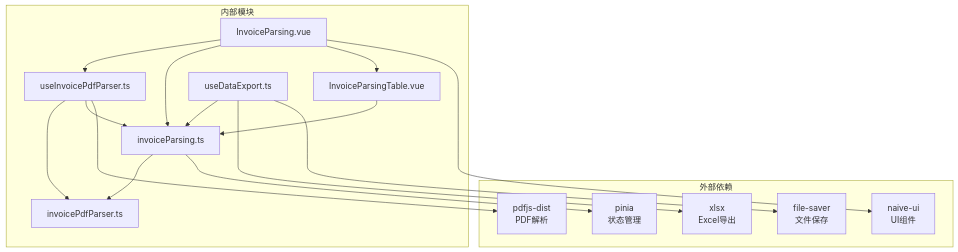
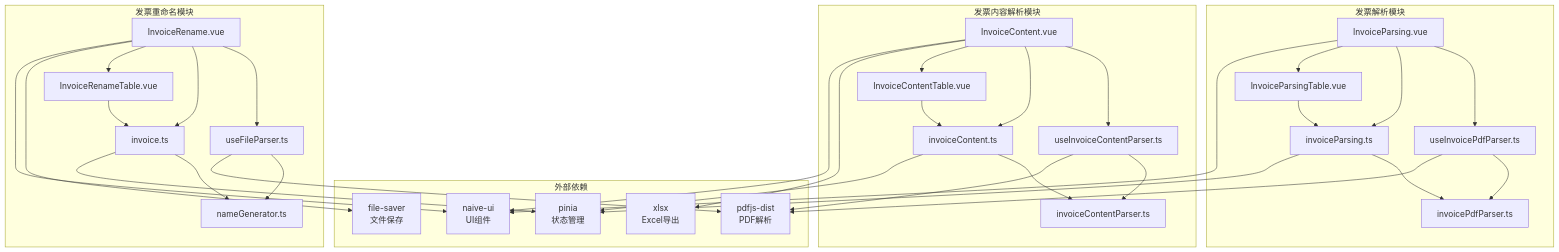
Before and after one commit to dunhuixiao/FinanceTools: the eighth of 8 diagrams in .qoder/repowiki/zh/content/发票解析功能/发票解析功能.md, drawn with Mermaid. The commit also changed other lines of this file and 20 other files, not shown here.

````diff
--- a/.qoder/repowiki/zh/content/发票解析功能/发票解析功能.md
+++ b/.qoder/repowiki/zh/content/发票解析功能/发票解析功能.md
@@ -370,31 +439,60 @@
 ```mermaid
 graph TB
 subgraph "外部依赖"
 D1[pdfjs-dist<br/>PDF解析]
 D2[xlsx<br/>Excel导出]
 D3[file-saver<br/>文件保存]
 D4[naive-ui<br/>UI组件]
 D5[pinia<br/>状态管理]
 end
-subgraph "内部模块"
+subgraph "发票解析模块"
 M1[InvoiceParsing.vue]
 M2[useInvoicePdfParser.ts]
 M3[invoiceParsing.ts]
 M4[invoicePdfParser.ts]
 M5[InvoiceParsingTable.vue]
-M6[useDataExport.ts]
+end
+subgraph "发票内容解析模块"
+M6[InvoiceContent.vue]
+M7[useInvoiceContentParser.ts]
+M8[invoiceContent.ts]
+M9[invoiceContentParser.ts]
+M10[InvoiceContentTable.vue]
+end
+subgraph "发票重命名模块"
+M11[InvoiceRename.vue]
+M12[useFileParser.ts]
+M13[invoice.ts]
+M14[nameGenerator.ts]
+M15[InvoiceRenameTable.vue]
 end
 M1 --> M2
 M1 --> M3
 M1 --> M5
+M6 --> M7
+M6 --> M8
+M6 --> M10
+M11 --> M12
+M11 --> M13
+M11 --> M15
 M2 --> M4
-M2 --> M3
+M7 --> M9
+M12 --> M14
 M3 --> M4
+M8 --> M9
+M13 --> M14
 M5 --> M3
-M6 --> M3
+M10 --> M8
+M15 --> M13
 M2 --> D1
+M7 --> D1
+M12 --> D1
 M6 --> D2
-M6 --> D3
+M11 --> D3
 M1 --> D4
+M6 --> D4
+M11 --> D4
 M3 --> D5
+M8 --> D5
+M13 --> D5
 ```
````
